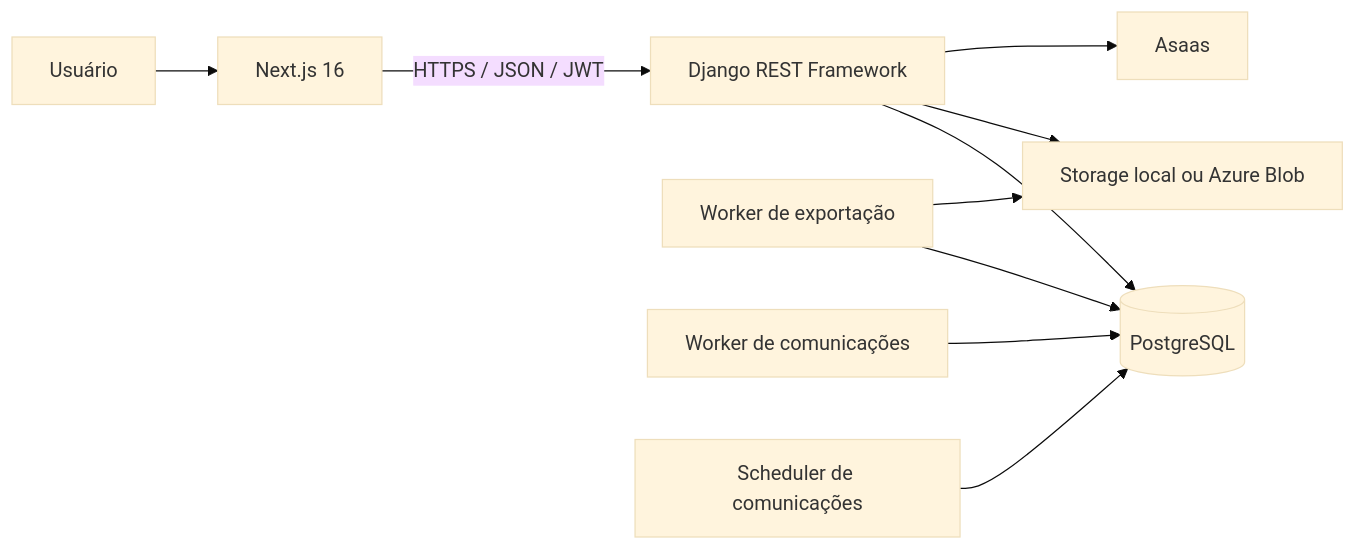
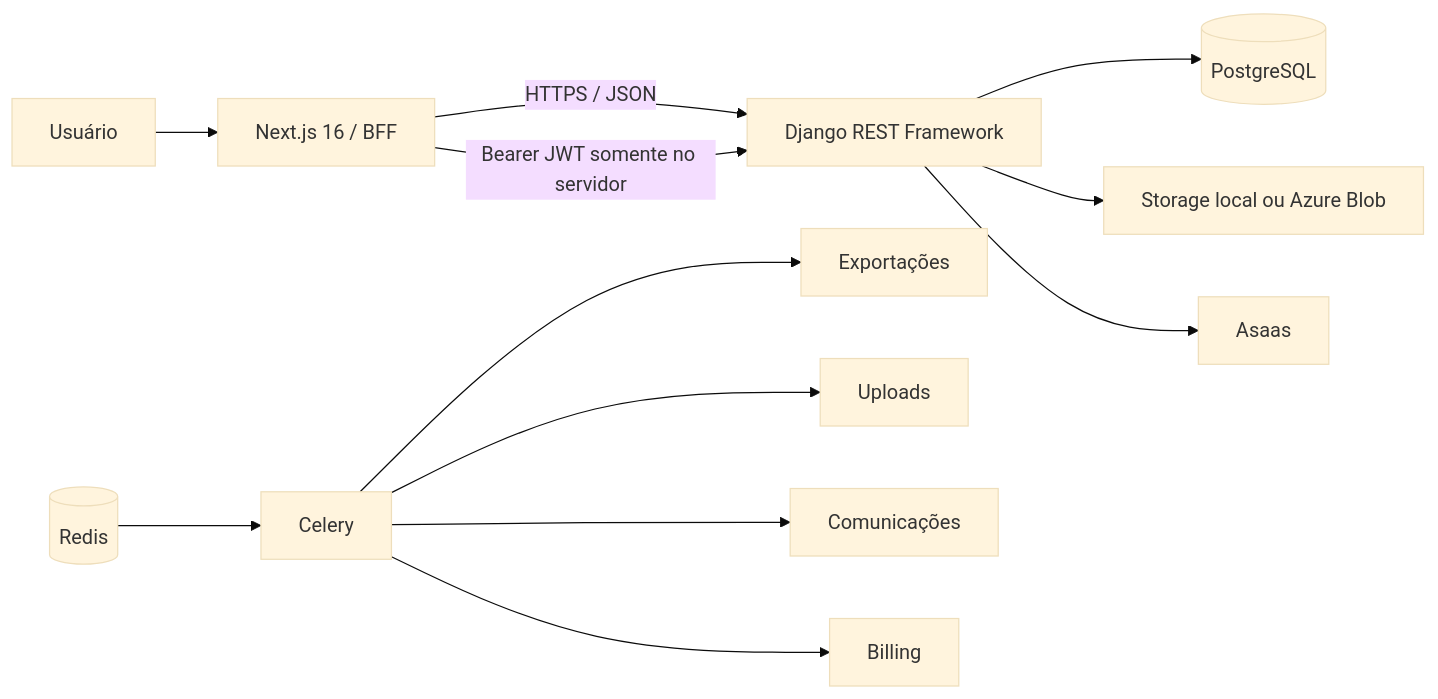
One commit to FlavioProgramador/EloTerapeutico changed the diagram in README.md. Above: the diagram before and after it, drawn with Mermaid (base theme). The commit also changed other lines of this file and 53 other files, not shown here.

````diff
--- a/README.md
+++ b/README.md
@@ -49,12 +52,14 @@
 ```mermaid
 flowchart LR
-    U[Usuário] --> F[Next.js 16]
-    F -->|HTTPS / JSON / JWT| A[Django REST Framework]
+    U[Usuário] --> F[Next.js 16 / BFF]
+    F -->|HTTPS / JSON| A[Django REST Framework]
+    F -->|Bearer JWT somente no servidor| A
     A --> P[(PostgreSQL)]
     A --> S[Storage local ou Azure Blob]
     A --> G[Asaas]
-    W[Worker de exportação] --> P
-    W --> S
-    CW[Worker de comunicações] --> P
-    CS[Scheduler de comunicações] --> P
+    R[(Redis)] --> C[Celery]
+    C --> EX[Exportações]
+    C --> UP[Uploads]
+    C --> CO[Comunicações]
+    C --> BI[Billing]
 ```
````
